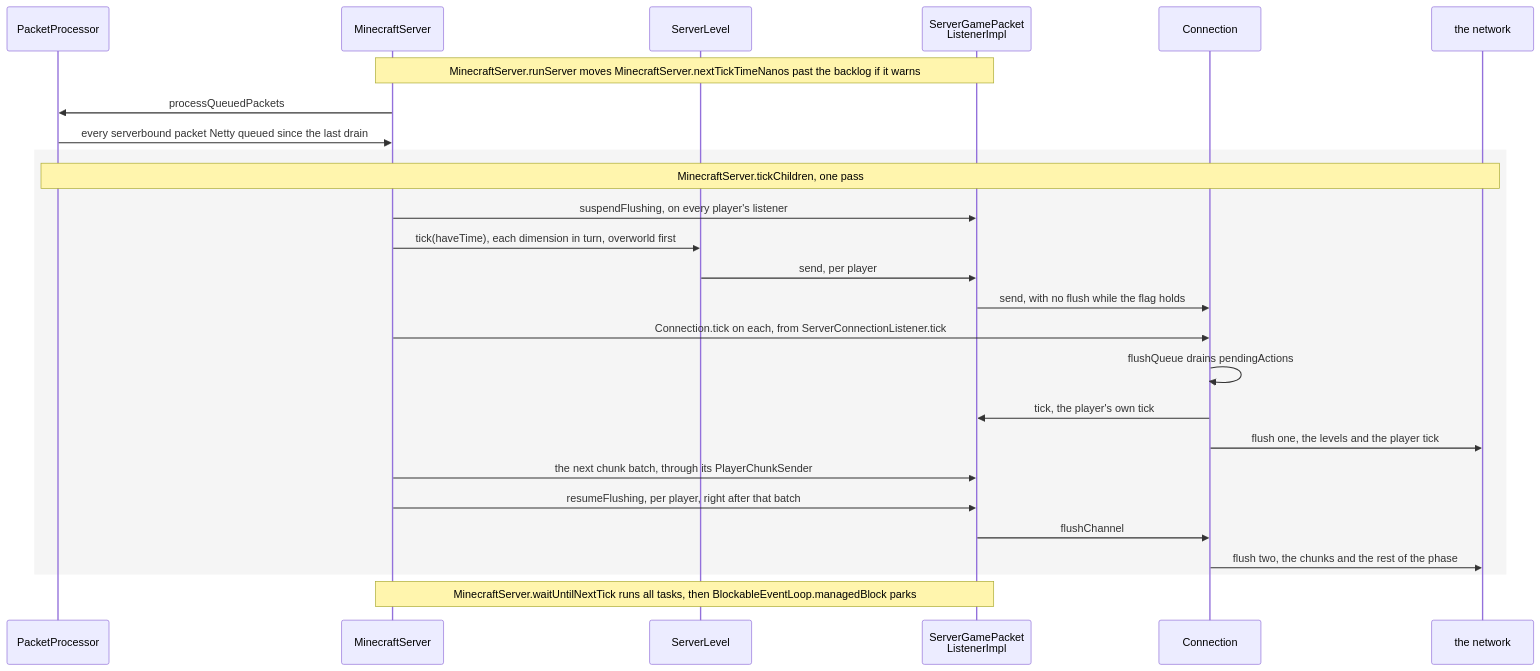
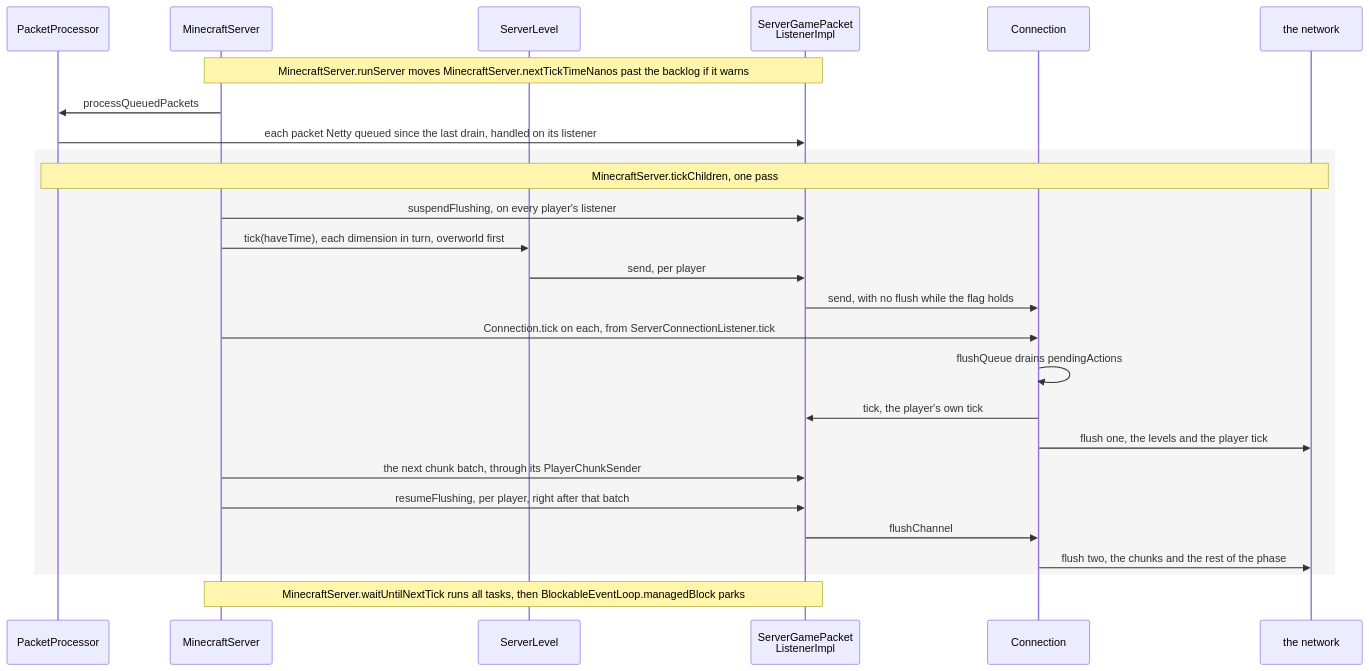
One commit to AlexanderjFraser/MinecraftDocs changed the first of 3 diagrams in src/systems/server/server-tick.md. Above: the diagram before and after it, drawn with Mermaid. The commit also changed other lines of this file and 15 other files, not shown here.

````diff
--- a/src/systems/server/server-tick.md
+++ b/src/systems/server/server-tick.md
@@ -37,29 +37,29 @@
 ```mermaid
 sequenceDiagram
     participant PP as PacketProcessor
     participant MS as MinecraftServer
     participant SL as ServerLevel
     participant SGPL as ServerGamePacket<br/>ListenerImpl
     participant Conn as Connection
     participant Wire as the network
 
     Note over MS,SGPL: MinecraftServer.runServer moves MinecraftServer.nextTickTimeNanos past the backlog if it warns
     MS->>PP: processQueuedPackets
-    PP->>MS: every serverbound packet Netty queued since the last drain
+    PP->>SGPL: each packet Netty queued since the last drain, handled on its listener
     rect rgba(0, 0, 0, 0.04)
         Note over PP,Wire: MinecraftServer.tickChildren, one pass
         MS->>SGPL: suspendFlushing, on every player's listener
         MS->>SL: tick(haveTime), each dimension in turn, overworld first
         SL->>SGPL: send, per player
         SGPL->>Conn: send, with no flush while the flag holds
         MS->>Conn: Connection.tick on each, from ServerConnectionListener.tick
         Conn->>Conn: flushQueue drains pendingActions
         Conn->>SGPL: tick, the player's own tick
         Conn->>Wire: flush one, the levels and the player tick
         MS->>SGPL: the next chunk batch, through its PlayerChunkSender
         MS->>SGPL: resumeFlushing, per player, right after that batch
         SGPL->>Conn: flushChannel
         Conn->>Wire: flush two, the chunks and the rest of the phase
     end
     Note over MS,SGPL: MinecraftServer.waitUntilNextTick runs all tasks, then BlockableEventLoop.managedBlock parks
 ```
````
